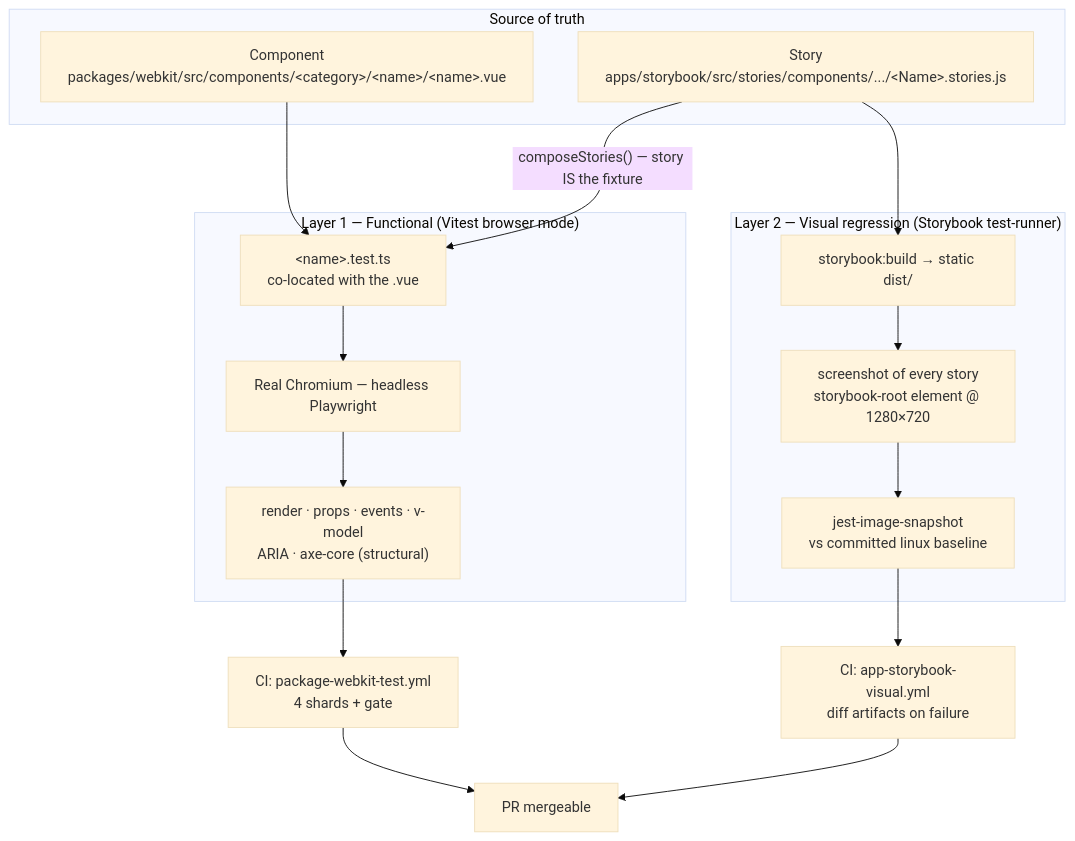
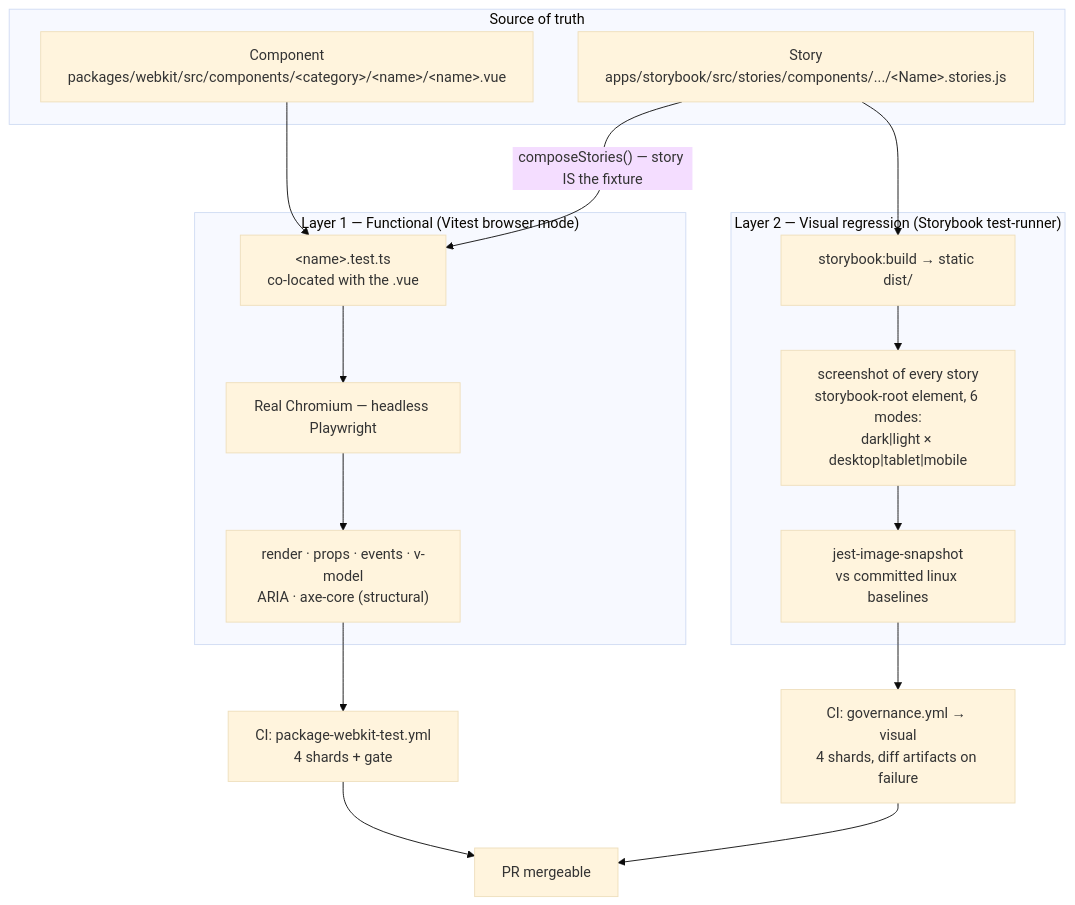
Before and after one commit to aziontech/webkit: the first of 5 diagrams in docs/OVERVIEW_TESTS.md, drawn with Mermaid (base theme). The commit also changed other lines of this file and 13 other files, not shown here.

Commit message:
[NO-ISSUE] test(storybook): cover light theme, tablet and mobile in the visual matrix

````diff
--- a/docs/OVERVIEW_TESTS.md
+++ b/docs/OVERVIEW_TESTS.md
@@ -23,31 +23,31 @@
 ```mermaid
 flowchart TB
     subgraph SRC["Source of truth"]
         VUE["Component<br/>packages/webkit/src/components/&lt;category&gt;/&lt;name&gt;/&lt;name&gt;.vue"]
         STORY["Story<br/>apps/storybook/src/stories/components/.../&lt;Name&gt;.stories.js"]
     end
 
     subgraph L1["Layer 1 — Functional (Vitest browser mode)"]
         TEST["&lt;name&gt;.test.ts<br/>co-located with the .vue"]
         CHROMIUM1["Real Chromium — headless Playwright"]
         ASSERT["render · props · events · v-model<br/>ARIA · axe-core (structural)"]
         TEST --> CHROMIUM1 --> ASSERT
     end
 
     subgraph L2["Layer 2 — Visual regression (Storybook test-runner)"]
         BUILD["storybook:build → static dist/"]
-        SNAP["screenshot of every story<br/>storybook-root element @ 1280×720"]
-        COMPARE["jest-image-snapshot<br/>vs committed linux baseline"]
+        SNAP["screenshot of every story<br/>storybook-root element, 6 modes:<br/>dark|light × desktop|tablet|mobile"]
+        COMPARE["jest-image-snapshot<br/>vs committed linux baselines"]
         BUILD --> SNAP --> COMPARE
     end
 
     VUE --> TEST
     STORY -- "composeStories() — story IS the fixture" --> TEST
     STORY --> BUILD
 
     ASSERT --> CI1["CI: package-webkit-test.yml<br/>4 shards + gate"]
-    COMPARE --> CI2["CI: app-storybook-visual.yml<br/>diff artifacts on failure"]
+    COMPARE --> CI2["CI: governance.yml → visual<br/>4 shards, diff artifacts on failure"]
 
     CI1 --> MERGE["PR mergeable"]
     CI2 --> MERGE
 ```
````
